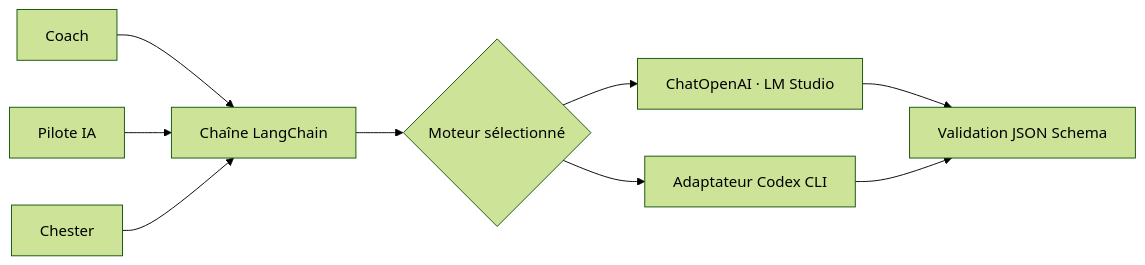
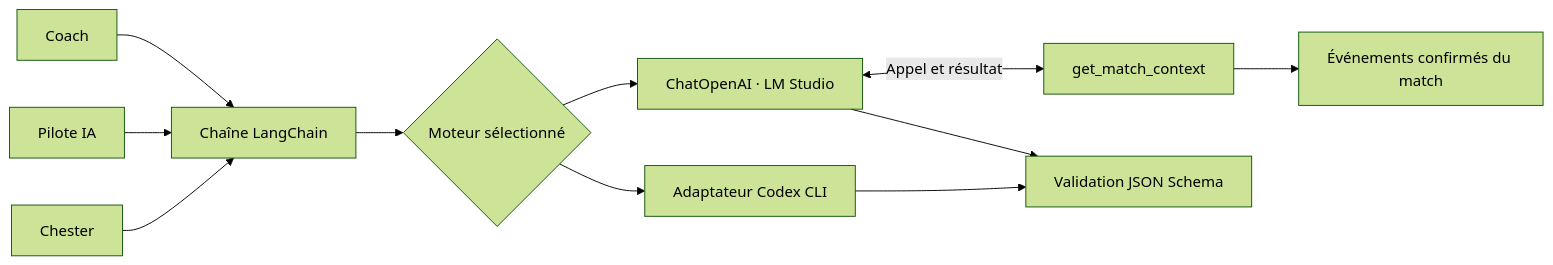
One commit to hemvall/REA-Inazuma changed the diagram in WEB_AND_MCP.md. Above: the diagram before and after it, drawn with Mermaid (forest theme). The commit also changed other lines of this file and 8 other files, not shown here.

Commit message:
feat(chester): lire le contexte du match avec un outil LangChain

````diff
--- a/WEB_AND_MCP.md
+++ b/WEB_AND_MCP.md
@@ -85,11 +85,13 @@
 ```mermaid
 flowchart LR
     Coach --> Chaine["Chaîne LangChain"]
     Pilote["Pilote IA"] --> Chaine
     Chester --> Chaine
     Chaine --> Moteur{Moteur sélectionné}
     Moteur --> Local["ChatOpenAI · LM Studio"]
+    Local <-->|Appel et résultat| Contexte["get_match_context"]
+    Contexte --> Journal["Événements confirmés du match"]
     Moteur --> CLI["Adaptateur Codex CLI"]
     Local --> Validation["Validation JSON Schema"]
     CLI --> Validation
 ```
````
